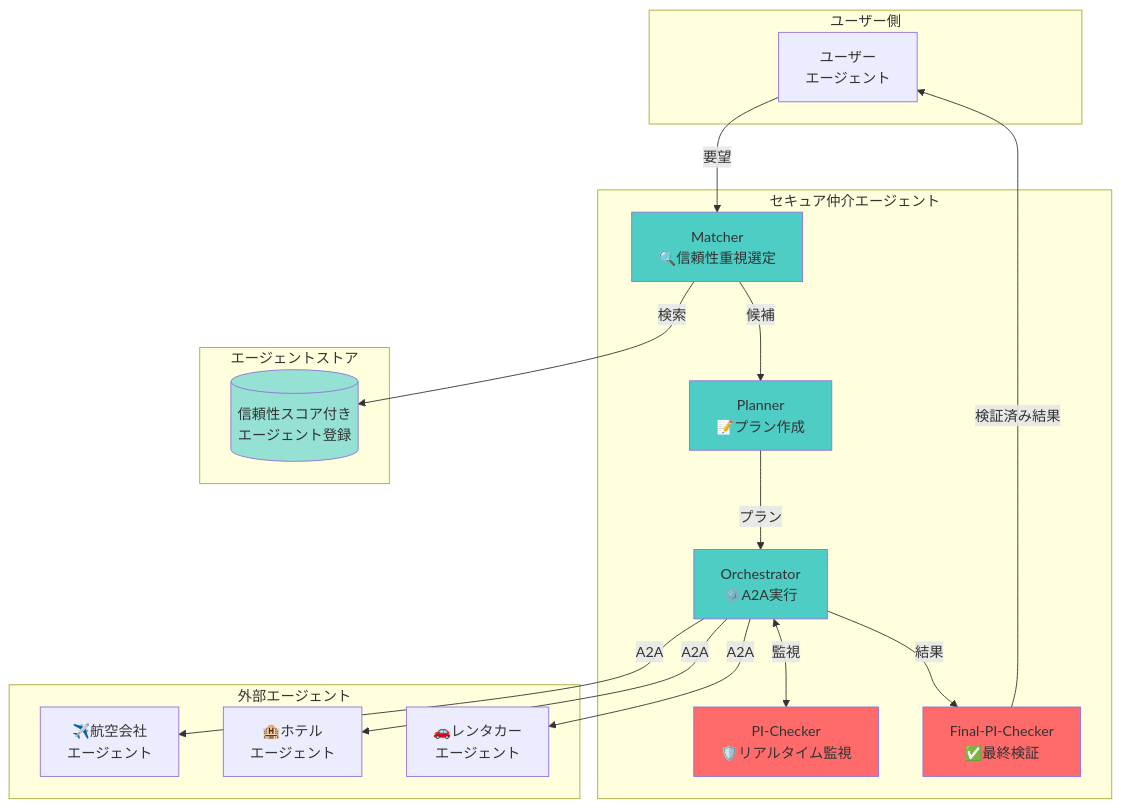
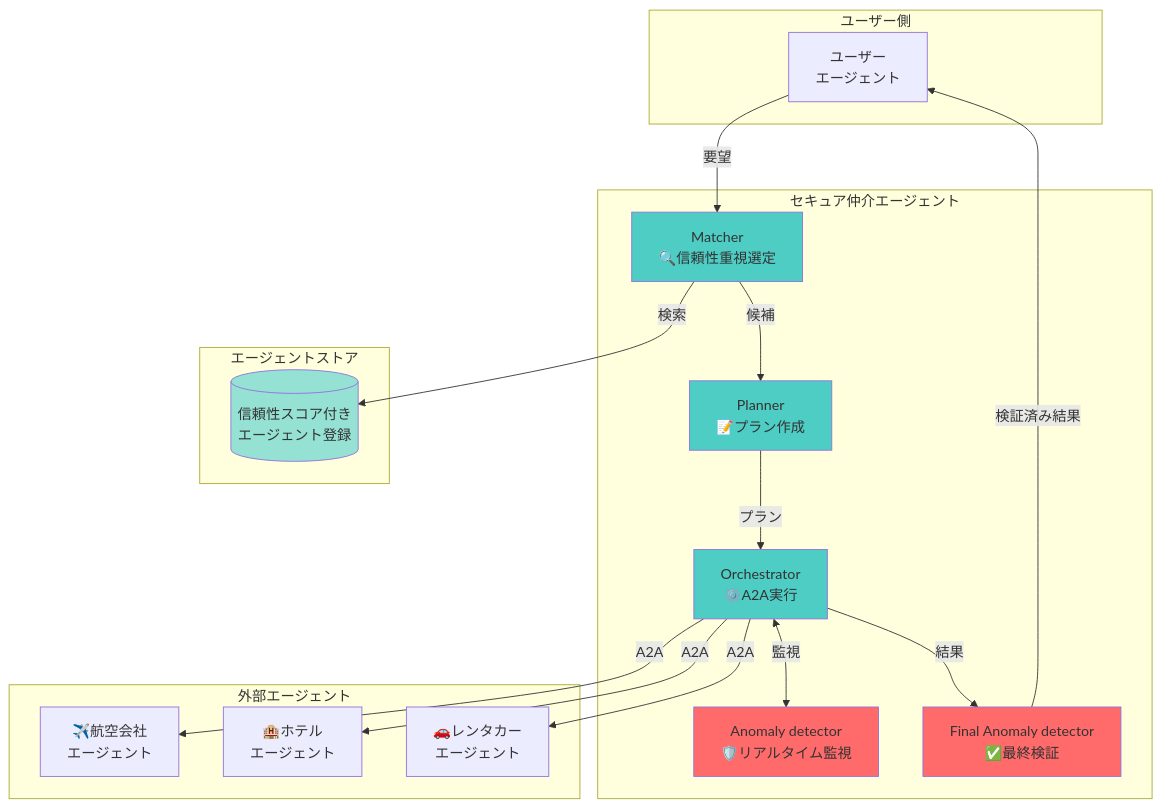
One commit to TaichiHiromatsu/secure-ai-agent-matching-platform changed the second of 4 diagrams in README.md. Above: the diagram before and after it, drawn with Mermaid. The commit also changed other lines of this file, not shown here.

````diff
--- a/README.md
+++ b/README.md
@@ -78,42 +78,42 @@
 ```mermaid
 graph TB
     subgraph "ユーザー側"
         UA[ユーザー<br/>エージェント]
     end
 
     subgraph "セキュア仲介エージェント"
         MA[Matcher<br/>🔍信頼性重視選定]
         PL[Planner<br/>📝プラン作成]
         OR[Orchestrator<br/>⚙️A2A実行]
-        PI[PI-Checker<br/>🛡️リアルタイム監視]
-        FI[Final-PI-Checker<br/>✅最終検証]
+        PI[Anomaly detector<br/>🛡️リアルタイム監視]
+        FI[Final Anomaly detector<br/>✅最終検証]
     end
 
     subgraph "エージェントストア"
         AS[(信頼性スコア付き<br/>エージェント登録)]
     end
 
     subgraph "外部エージェント"
         AIR[✈️航空会社<br/>エージェント]
         HOT[🏨ホテル<br/>エージェント]
         CAR[🚗レンタカー<br/>エージェント]
     end
 
     UA -->|要望| MA
     MA -->|検索| AS
     MA -->|候補| PL
     PL -->|プラン| OR
     OR <-->|監視| PI
     OR -->|A2A| AIR
     OR -->|A2A| HOT
     OR -->|A2A| CAR
     OR -->|結果| FI
     FI -->|検証済み結果| UA
 
     style MA fill:#4ecdc4
     style PL fill:#4ecdc4
     style OR fill:#4ecdc4
     style PI fill:#ff6b6b
     style FI fill:#ff6b6b
     style AS fill:#95e1d3
 ```
````
